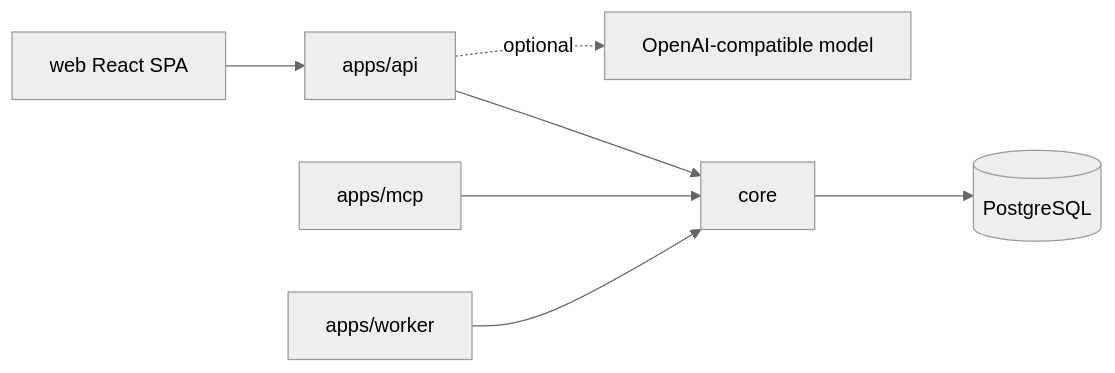
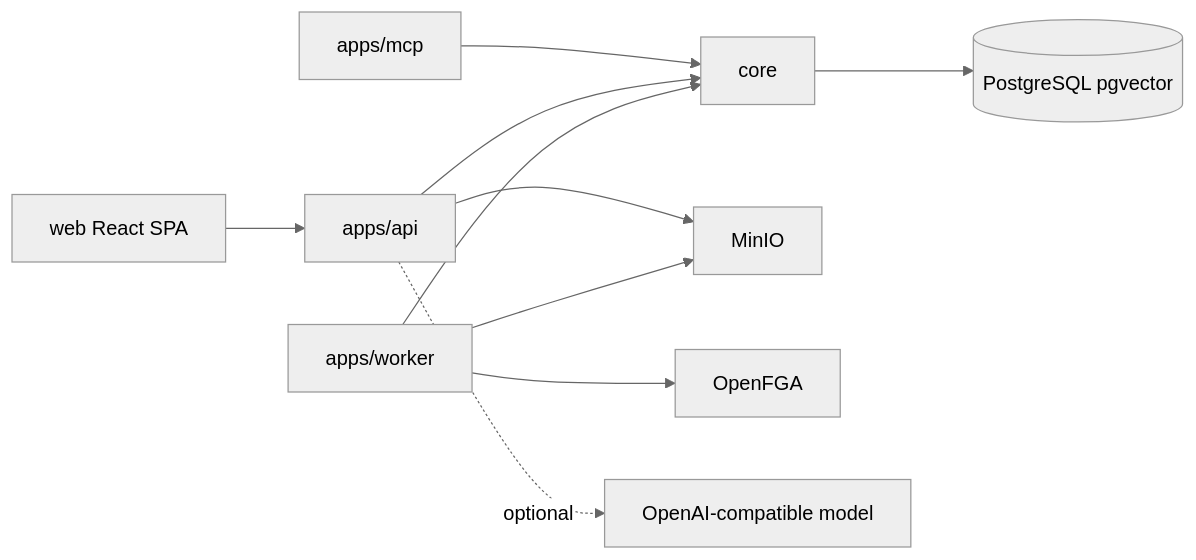
The diagram in ARCHITECTURE.md (kl3inIT/OrgMemory), drawn with Mermaid (neutral theme) before and after one commit. The commit also changed other lines of this file and 37 other files, not shown here.

Commit message:
feat(knowledge): gate publication on OpenFGA

````diff
--- a/ARCHITECTURE.md
+++ b/ARCHITECTURE.md
@@ -9,9 +9,12 @@
 ```mermaid
 flowchart LR
     WEB[web React SPA] --> API[apps/api]
     MCP[apps/mcp] --> CORE[core]
     API --> CORE
     WORKER[apps/worker] --> CORE
-    CORE --> PG[(PostgreSQL)]
+    CORE --> PG[(PostgreSQL pgvector)]
+    API --> BLOB[MinIO]
+    WORKER --> BLOB
+    WORKER --> FGA[OpenFGA]
     API -. optional .-> LLM[OpenAI-compatible model]
 ```
````
